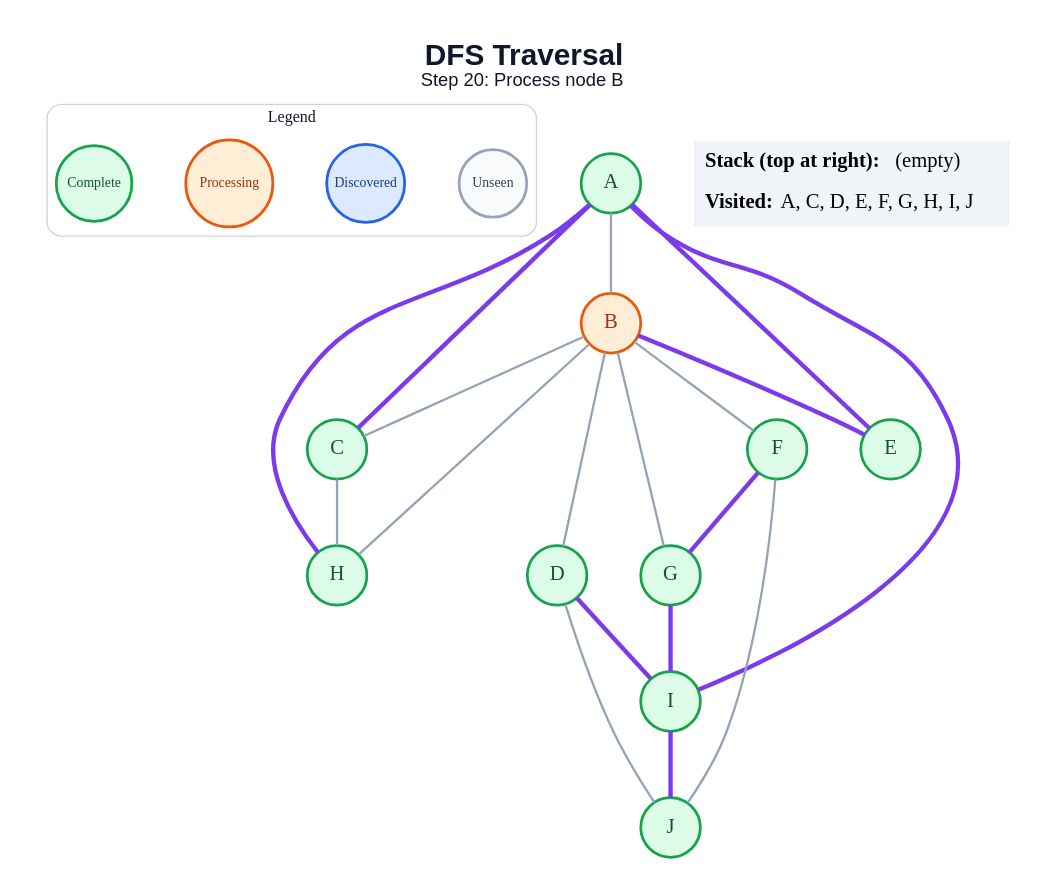
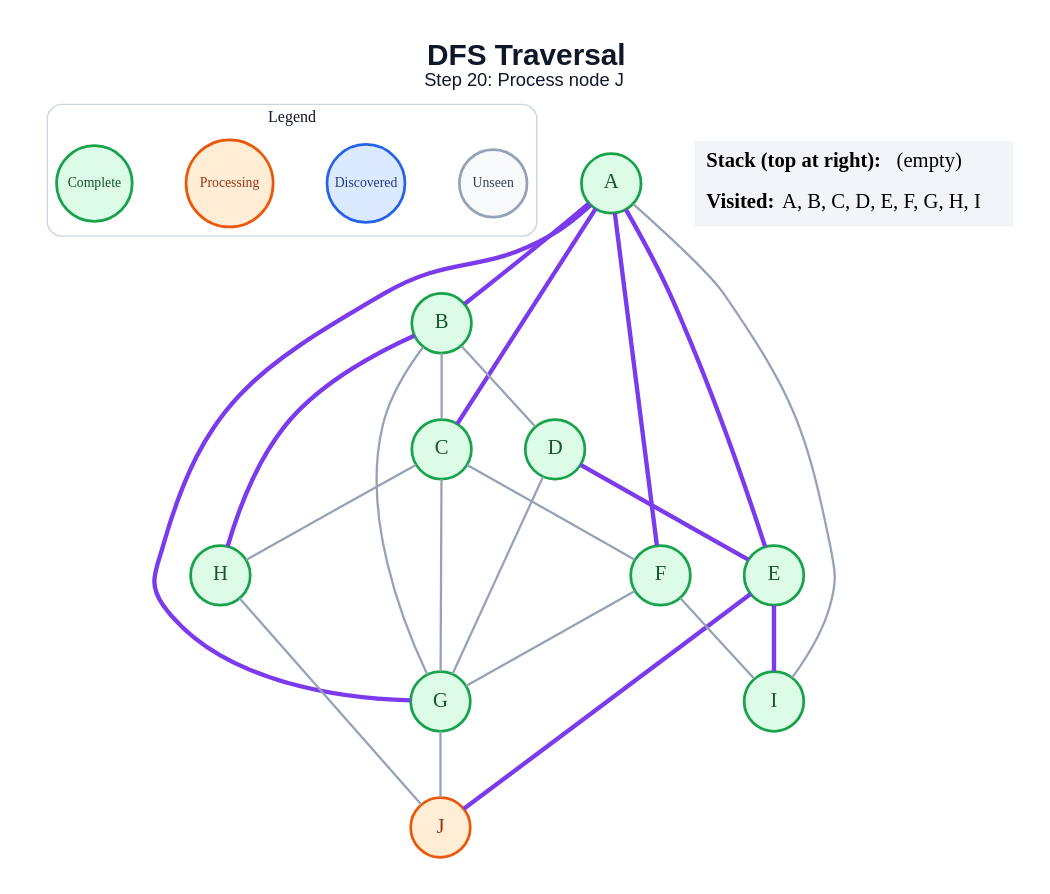
The diagram in generated/specific-node/dfs/step_20.dot (amanghodawala9/ai-slop), drawn with Graphviz before and after one commit. The commit also changed 178 other files, not shown here.

```diff
--- a/generated/specific-node/dfs/step_20.dot
+++ b/generated/specific-node/dfs/step_20.dot
@@ -1,47 +1,50 @@
 graph traversal {
   graph [layout=dot, rankdir=TB, bgcolor="#FFFFFF", pad="0.35", nodesep="0.65", ranksep="0.8", fontname="Arial"];
   node [shape=circle, style="filled", fontname="Arial Bold", fontsize=18, width=0.72, fixedsize=true, penwidth=2.4];
   edge [color="#94A3B8", penwidth=2.0];
-  label=<<B>DFS Traversal</B><BR/><FONT POINT-SIZE="16">Step 20: Process node B</FONT>>; labelloc="t"; fontsize=26; fontname="Arial"; fontcolor="#0F172A";
+  label=<<B>DFS Traversal</B><BR/><FONT POINT-SIZE="16">Step 20: Process node J</FONT>>; labelloc="t"; fontsize=26; fontname="Arial"; fontcolor="#0F172A";
   subgraph cluster_legend { label="Legend"; color="#CBD5E1"; penwidth=1.2; style="rounded"; fontsize=14; fontname="Arial Bold";
     key_unseen [label="Unseen", fillcolor="#F8FAFC", color="#94A3B8", fontcolor="#334155", fontsize=12, width=0.82];
     key_frontier [label="Discovered", fillcolor="#DBEAFE", color="#2563EB", fontcolor="#1E3A8A", fontsize=12, width=0.95];
     key_current [label="Processing", fillcolor="#FFEDD5", color="#EA580C", fontcolor="#9A3412", fontsize=12, width=1.05];
     key_done [label="Complete", fillcolor="#DCFCE7", color="#16A34A", fontcolor="#14532D", fontsize=12, width=0.92];
     { rank=same; key_unseen; key_frontier; key_current; key_done; }
   }
   A [fillcolor="#DCFCE7", color="#16A34A", fontcolor="#14532D"];
-  B [fillcolor="#FFEDD5", color="#EA580C", fontcolor="#9A3412"];
+  B [fillcolor="#DCFCE7", color="#16A34A", fontcolor="#14532D"];
   C [fillcolor="#DCFCE7", color="#16A34A", fontcolor="#14532D"];
   D [fillcolor="#DCFCE7", color="#16A34A", fontcolor="#14532D"];
   E [fillcolor="#DCFCE7", color="#16A34A", fontcolor="#14532D"];
   F [fillcolor="#DCFCE7", color="#16A34A", fontcolor="#14532D"];
   G [fillcolor="#DCFCE7", color="#16A34A", fontcolor="#14532D"];
   H [fillcolor="#DCFCE7", color="#16A34A", fontcolor="#14532D"];
   I [fillcolor="#DCFCE7", color="#16A34A", fontcolor="#14532D"];
-  J [fillcolor="#DCFCE7", color="#16A34A", fontcolor="#14532D"];
-  A -- B;
+  J [fillcolor="#FFEDD5", color="#EA580C", fontcolor="#9A3412"];
+  A -- B [color="#7C3AED", penwidth=3.8];
   A -- C [color="#7C3AED", penwidth=3.8];
   A -- E [color="#7C3AED", penwidth=3.8];
-  A -- H [color="#7C3AED", penwidth=3.8];
-  A -- I [color="#7C3AED", penwidth=3.8];
+  A -- F [color="#7C3AED", penwidth=3.8];
+  A -- G [color="#7C3AED", penwidth=3.8];
+  A -- I;
   B -- C;
   B -- D;
-  B -- E [color="#7C3AED", penwidth=3.8];
-  B -- F;
   B -- G;
-  B -- H;
+  B -- H [color="#7C3AED", penwidth=3.8];
+  C -- F;
+  C -- G;
   C -- H;
-  D -- I [color="#7C3AED", penwidth=3.8];
-  D -- J;
-  F -- G [color="#7C3AED", penwidth=3.8];
-  F -- J;
-  G -- I [color="#7C3AED", penwidth=3.8];
-  I -- J [color="#7C3AED", penwidth=3.8];
+  D -- E [color="#7C3AED", penwidth=3.8];
+  D -- G;
+  E -- I [color="#7C3AED", penwidth=3.8];
+  E -- J [color="#7C3AED", penwidth=3.8];
+  F -- G;
+  F -- I;
+  G -- J;
+  H -- J;
   status [shape=plain, fixedsize=false, width=0, height=0, margin=0, label=<
     <TABLE BORDER="0" CELLBORDER="0" CELLPADDING="7" BGCOLOR="#F1F5F9">
       <TR><TD ALIGN="LEFT"><B>Stack (top at right):</B> (empty)</TD></TR>
-      <TR><TD ALIGN="LEFT"><B>Visited:</B> A, C, D, E, F, G, H, I, J</TD></TR>
+      <TR><TD ALIGN="LEFT"><B>Visited:</B> A, B, C, D, E, F, G, H, I</TD></TR>
     </TABLE>
   >];
 }
```
